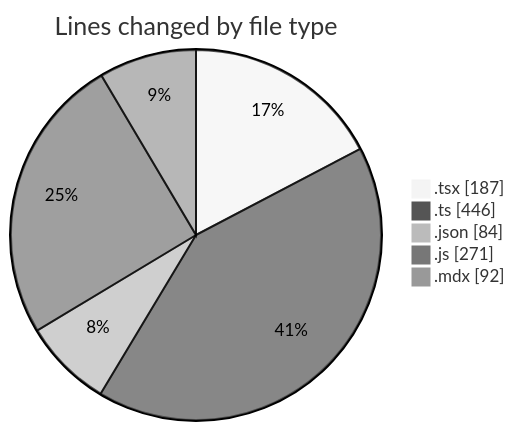
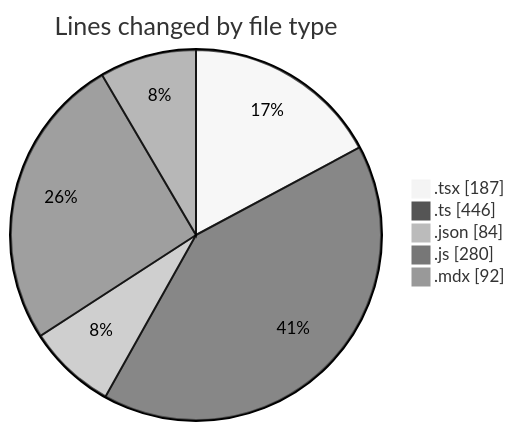
Before and after one commit to momahboobian/code-tracking: the first of 2 diagrams in 2026-03-30/cda/README.md, drawn with Mermaid (neutral theme). The commit also changed other lines of this file and 1 other file, not shown here.

````diff
--- a/2026-03-30/cda/README.md
+++ b/2026-03-30/cda/README.md
@@ -24,9 +24,9 @@
 ```mermaid
 pie showData
 title Lines changed by file type
 ".tsx" : 187
 ".ts" : 446
 ".json" : 84
-".js" : 271
+".js" : 280
 ".mdx" : 92
 ```
````
